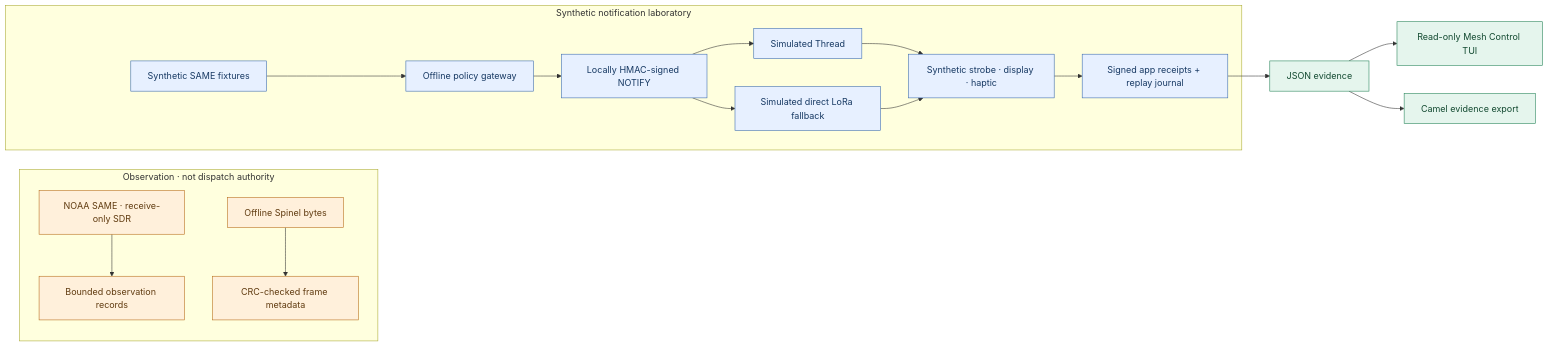
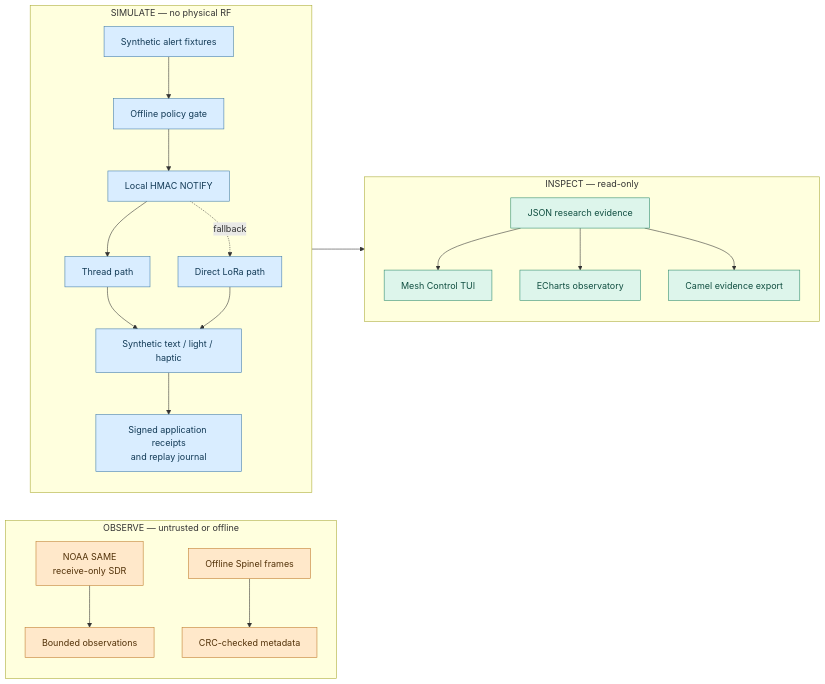
The diagram in README.md (mcc0nnell/6lowstick), drawn with Mermaid before and after one commit. The commit also changed other lines of this file, not shown here.

````diff
--- a/README.md
+++ b/README.md
@@ -9,25 +65,34 @@
 ```mermaid
 flowchart LR
-  subgraph observation["Observation · not dispatch authority"]
-    SDR["NOAA SAME · receive-only SDR"] --> OBS["Bounded observation records"]
-    SP["Offline Spinel bytes"] --> CRC["CRC-checked frame metadata"]
-  end
-  subgraph lab["Synthetic notification laboratory"]
-    FIX["Synthetic SAME fixtures"] --> GATE["Offline policy gateway"]
-    GATE --> AUTH["Locally HMAC-signed NOTIFY"]
-    AUTH --> THREAD["Simulated Thread"]
-    AUTH --> LORA["Simulated direct LoRa fallback"]
-    THREAD --> RCV["Synthetic strobe · display · haptic"]
-    LORA --> RCV
-    RCV --> ACK["Signed app receipts + replay journal"]
-  end
-  ACK --> EV["JSON evidence"]
-  EV --> TUI["Read-only Mesh Control TUI"]
-  EV --> CAMEL["Camel evidence export"]
-  classDef untrusted fill:#fff0db,stroke:#b66b18,color:#603b10
-  classDef synthetic fill:#e7f0ff,stroke:#3768ae,color:#173963
-  classDef evidence fill:#e5f5ed,stroke:#258358,color:#134a31
-  class SDR,OBS,SP,CRC untrusted
-  class FIX,GATE,AUTH,THREAD,LORA,RCV,ACK synthetic
-  class EV,TUI,CAMEL evidence
+    subgraph O["OBSERVE — untrusted or offline"]
+      direction TB
+      NWR["NOAA SAME<br/>receive-only SDR"] --> REC["Bounded observations"]
+      SPI["Offline Spinel frames"] --> CRC["CRC-checked metadata"]
+    end
+
+    subgraph S["SIMULATE — no physical RF"]
+      direction TB
+      FIX["Synthetic alert fixtures"] --> GATE["Offline policy gate"]
+      GATE --> SIGN["Local HMAC NOTIFY"]
+      SIGN --> TH["Thread path"]
+      SIGN -. "fallback" .-> LO["Direct LoRa path"]
+      TH --> RX["Synthetic text / light / haptic"]
+      LO --> RX
+      RX --> ACK["Signed application receipts<br/>and replay journal"]
+    end
+
+    subgraph E["INSPECT — read-only"]
+      direction TB
+      JSON["JSON research evidence"] --> TUI["Mesh Control TUI"]
+      JSON --> WEB["ECharts observatory"]
+      JSON --> CAM["Camel evidence export"]
+    end
+    ACK --> JSON
+
+    classDef observe fill:#ffe8ca,stroke:#bf7c2d,color:#523108
+    classDef model fill:#d9edff,stroke:#407baa,color:#123a56
+    classDef inspect fill:#ddf5eb,stroke:#2d8b6d,color:#104e40
+    class NWR,REC,SPI,CRC observe
+    class FIX,GATE,SIGN,TH,LO,RX,ACK model
+    class JSON,TUI,WEB,CAM inspect
 ```
````
